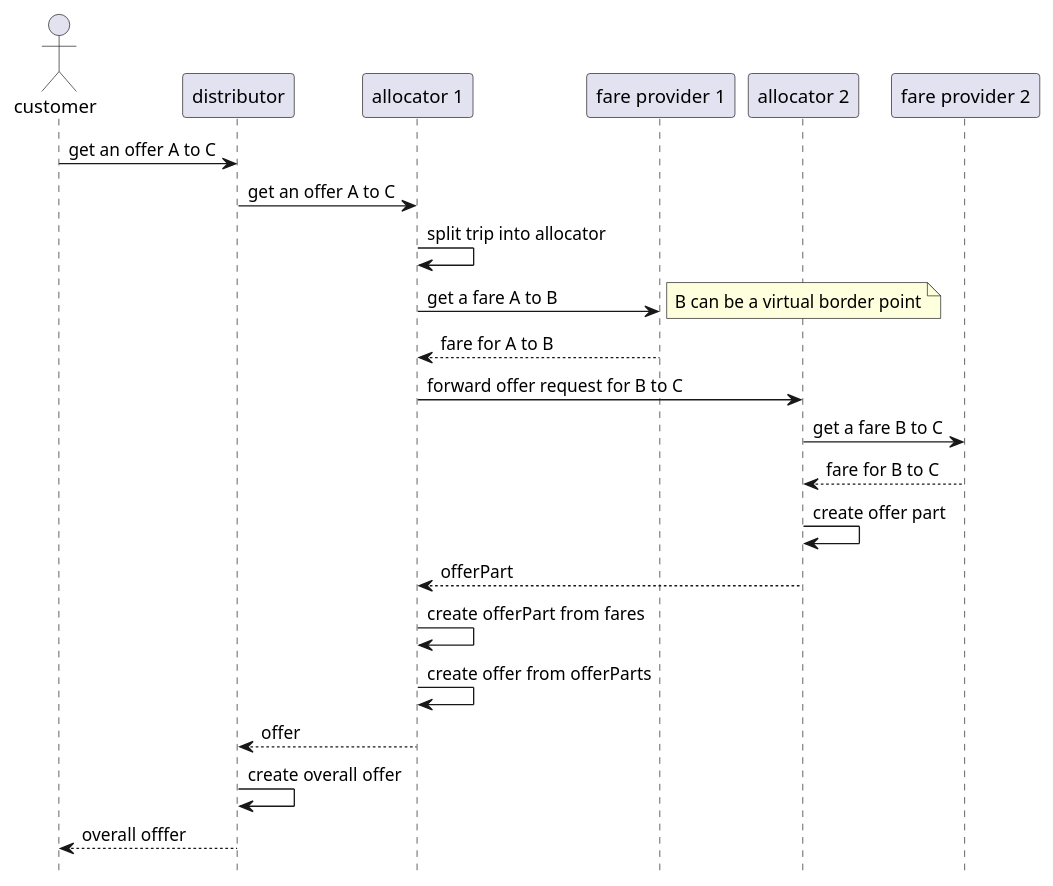
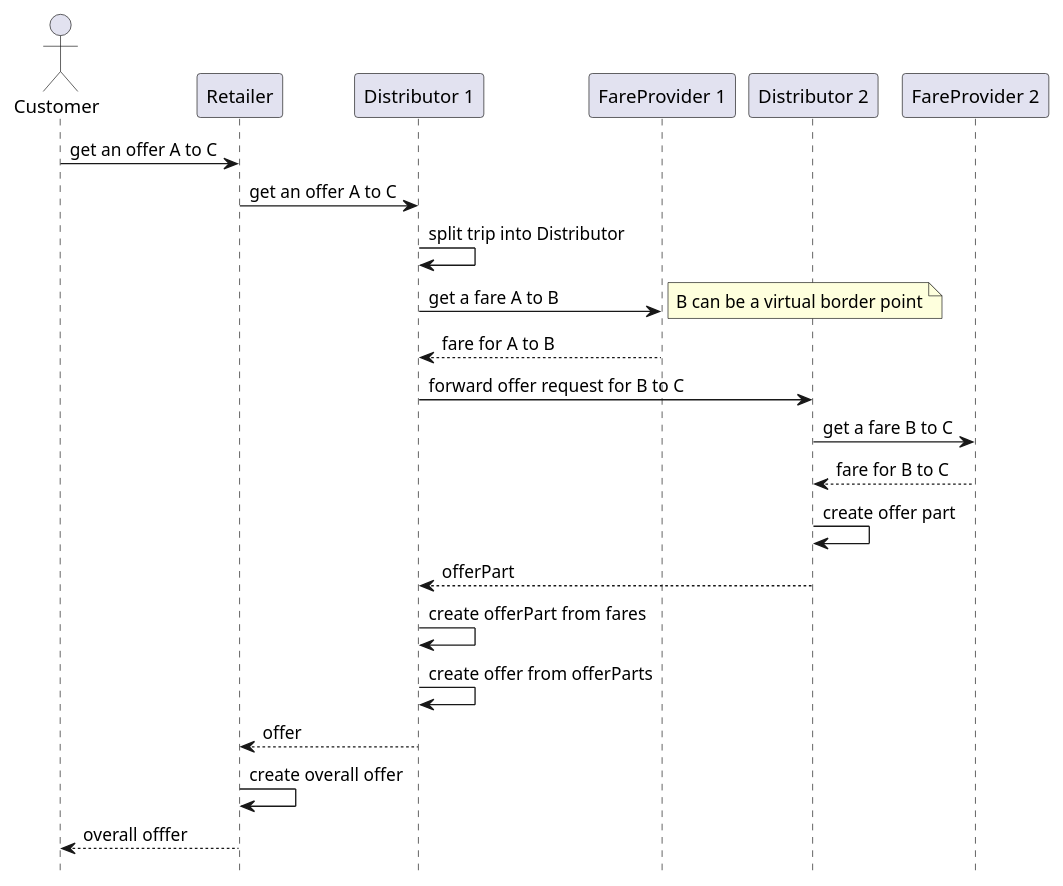
Before and after one commit to UnionInternationalCheminsdeFer/OSDM: the diagram in images/compliance/compliance.puml, drawn with PlantUML. The commit also changed 71 other files, not shown here.

```diff
--- a/images/compliance/compliance.puml
+++ b/images/compliance/compliance.puml
@@ -1,24 +1,24 @@
 hide footbox
 
-actor customer
+actor Customer
 
-customer -> distributor: get an offer A to C
-distributor -> "allocator 1": get an offer A to C
+Customer -> Retailer: get an offer A to C
+Retailer -> "Distributor 1": get an offer A to C
 
-"allocator 1" -> "allocator 1": split trip into allocator
-"allocator 1" -> "fare provider 1": get a fare A to B
+"Distributor 1" -> "Distributor 1": split trip into Distributor
+"Distributor 1" -> "FareProvider 1": get a fare A to B
 note right: B can be a virtual border point
-"fare provider 1" --> "allocator 1": fare for A to B
-"allocator 1" -> "allocator 2": forward offer request for B to C
+"FareProvider 1" --> "Distributor 1": fare for A to B
+"Distributor 1" -> "Distributor 2": forward offer request for B to C
 
-"allocator 2" -> "fare provider 2": get a fare B to C
-"fare provider 2" --> "allocator 2": fare for B to C
-"allocator 2" -> "allocator 2": create offer part
-"allocator 2" --> "allocator 1": offerPart
+"Distributor 2" -> "FareProvider 2": get a fare B to C
+"FareProvider 2" --> "Distributor 2": fare for B to C
+"Distributor 2" -> "Distributor 2": create offer part
+"Distributor 2" --> "Distributor 1": offerPart
 
-"allocator 1" -> "allocator 1": create offerPart from fares
-"allocator 1" -> "allocator 1": create offer from offerParts
-"allocator 1" --> distributor: offer
+"Distributor 1" -> "Distributor 1": create offerPart from fares
+"Distributor 1" -> "Distributor 1": create offer from offerParts
+"Distributor 1" --> Retailer: offer
 
-distributor -> distributor: create overall offer
-distributor --> customer: overall offfer
+Retailer -> Retailer: create overall offer
+Retailer --> Customer: overall offfer
```
